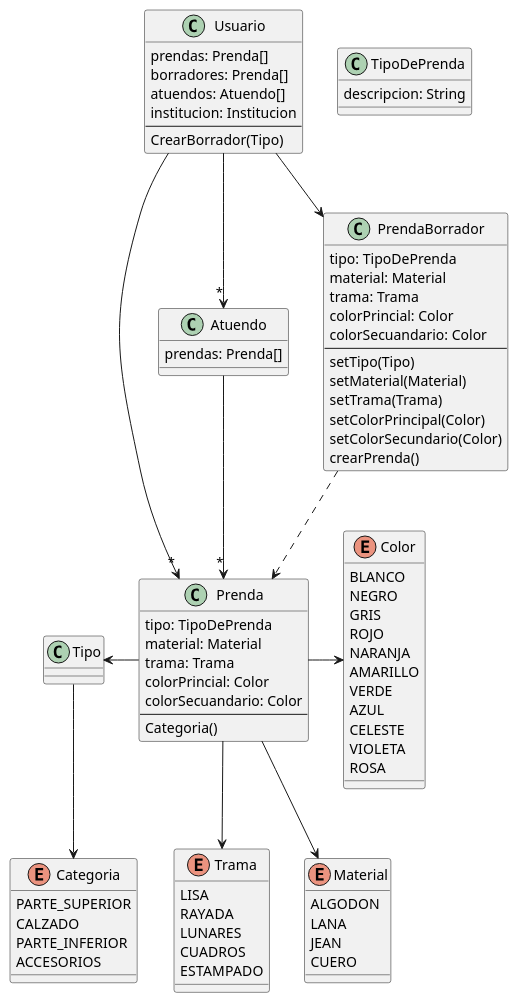
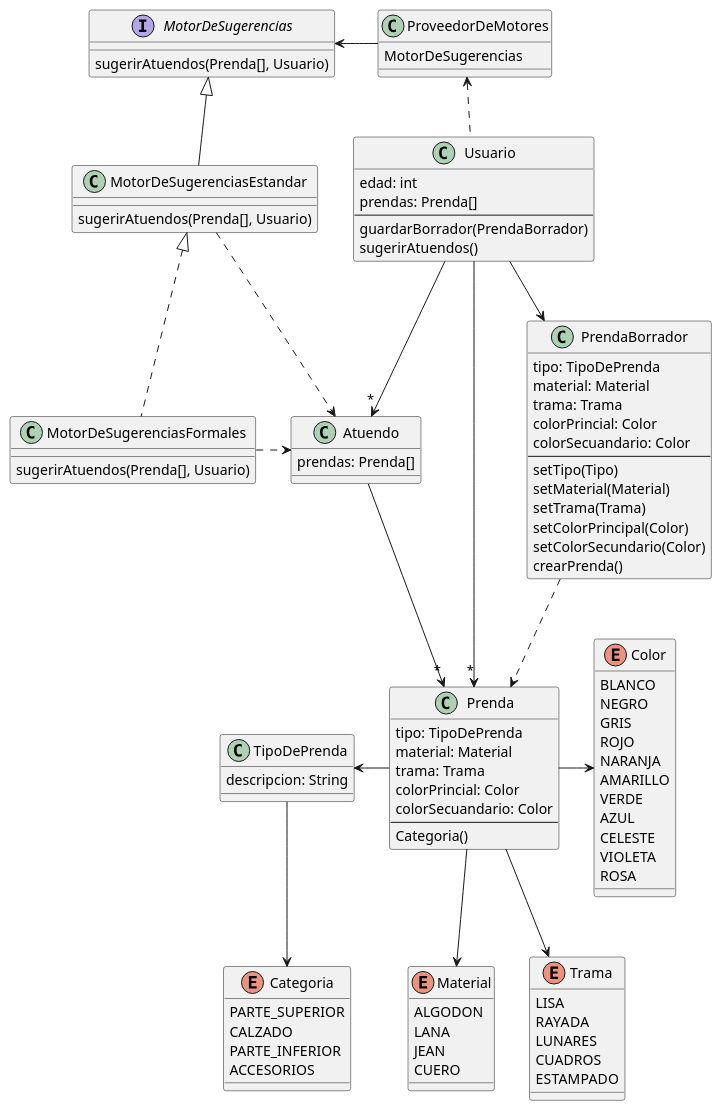
Before and after one commit to lrizzitano/tp-que-me-pongo: the diagram in src/Diagrama-Entidades.puml, drawn with PlantUML. The commit also changed 5 other files, not shown here.

```diff
--- a/src/Diagrama-Entidades.puml
+++ b/src/Diagrama-Entidades.puml
@@ -1,96 +1,121 @@
 @startuml
 
 class Usuario {
+    edad: int
     prendas: Prenda[]
-    borradores: Prenda[]
-    atuendos: Atuendo[]
-    institucion: Institucion
     --
-    CrearBorrador(Tipo)
+    guardarBorrador(PrendaBorrador)
+    sugerirAtuendos()
 }
 
 class Atuendo {
     prendas: Prenda[]
 }
 
 class Prenda {
     tipo: TipoDePrenda
     material: Material
     trama: Trama
     colorPrincial: Color
     colorSecuandario: Color
     --
     Categoria()
 }
 
 class PrendaBorrador {
     tipo: TipoDePrenda
     material: Material
     trama: Trama
     colorPrincial: Color
     colorSecuandario: Color
     --
     setTipo(Tipo)
     setMaterial(Material)
     setTrama(Trama)
     setColorPrincipal(Color)
     setColorSecundario(Color)
     crearPrenda()
 }
 
 class TipoDePrenda {
     descripcion: String
+}
+
+class ProveedorDeMotores {
+    MotorDeSugerencias
+}
+
+interface MotorDeSugerencias {
+    sugerirAtuendos(Prenda[], Usuario)
+}
+
+class MotorDeSugerenciasEstandar {
+    sugerirAtuendos(Prenda[], Usuario)
+}
+
+class MotorDeSugerenciasFormales {
+    sugerirAtuendos(Prenda[], Usuario)
 }
 
 enum Trama {
     LISA
     RAYADA
     LUNARES
     CUADROS
     ESTAMPADO
 }
 
 enum Color {
     BLANCO
     NEGRO
     GRIS
     ROJO
     NARANJA
     AMARILLO
     VERDE
     AZUL
     CELESTE
     VIOLETA
     ROSA
 }
 
 enum Categoria {
     PARTE_SUPERIOR
     CALZADO
     PARTE_INFERIOR
     ACCESORIOS
 }
 
 enum Material {
     ALGODON
     LANA
     JEAN
     CUERO
 }
 
 Atuendo -->"*" Prenda
 
 Usuario -->"*" Prenda
 Usuario --> PrendaBorrador
 Usuario -->"*" Atuendo
+Usuario .l.> ProveedorDeMotores
 
 PrendaBorrador ..> Prenda
 
-Prenda -l-> Tipo
+Prenda -l-> TipoDePrenda
 Prenda --> Trama
 Prenda -> Color
 Prenda --> Material
 
-Tipo --> Categoria
+TipoDePrenda --> Categoria
+
+ProveedorDeMotores -l-> MotorDeSugerencias
+
+MotorDeSugerenciasEstandar -u-|> MotorDeSugerencias
+MotorDeSugerenciasEstandar .r.> Atuendo
+
+MotorDeSugerenciasFormales .u.|> MotorDeSugerenciasEstandar
+MotorDeSugerenciasFormales .r.> Atuendo
+
 
 @enduml
```
